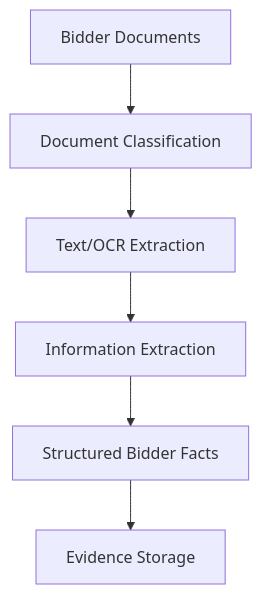
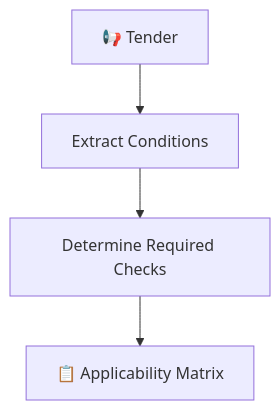
Before and after one commit to IshanWankhede/BidVerify-AI: the fourth of 10 diagrams in Flow-Diagram.md, drawn with Mermaid. The commit also changed other lines of this file and 5 other files, not shown here.

````diff
--- a/Flow-Diagram.md
+++ b/Flow-Diagram.md
@@ -53,8 +107,6 @@
 ```mermaid
 flowchart TD
-    A[Bidder Documents] --> B[Document Classification]
-    B --> C[Text/OCR Extraction]
-    C --> D[Information Extraction]
-    D --> E[Structured Bidder Facts]
-    E --> F[Evidence Storage]
+    A[📢 Tender] --> B[Extract Conditions]
+    B --> C[Determine Required Checks]
+    C --> D[📋 Applicability Matrix]
 ```
````
